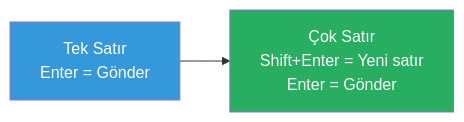
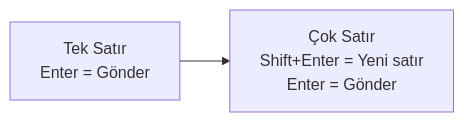
The third of 4 diagrams in 17-konfigurasyon/07-klavye-kisayollari.md (IzzetYasinAtes/ClaudeCodeHandbook), drawn with Mermaid before and after one commit. The commit also changed other lines of this file and 97 other files, not shown here.

Commit message:
Remove all custom Mermaid style/fill colors from 98 markdown files for consistent dark theme rendering

````diff
--- a/17-konfigurasyon/07-klavye-kisayollari.md
+++ b/17-konfigurasyon/07-klavye-kisayollari.md
@@ -97,7 +89,5 @@
 ```mermaid
 flowchart LR
     SINGLE["Tek Satır<br/>Enter = Gönder"] --> MULTI["Çok Satır<br/>Shift+Enter = Yeni satır<br/>Enter = Gönder"]
 
-    style SINGLE fill:#3498DB,color:#fff
-    style MULTI fill:#27AE60,color:#fff
 ```
````
